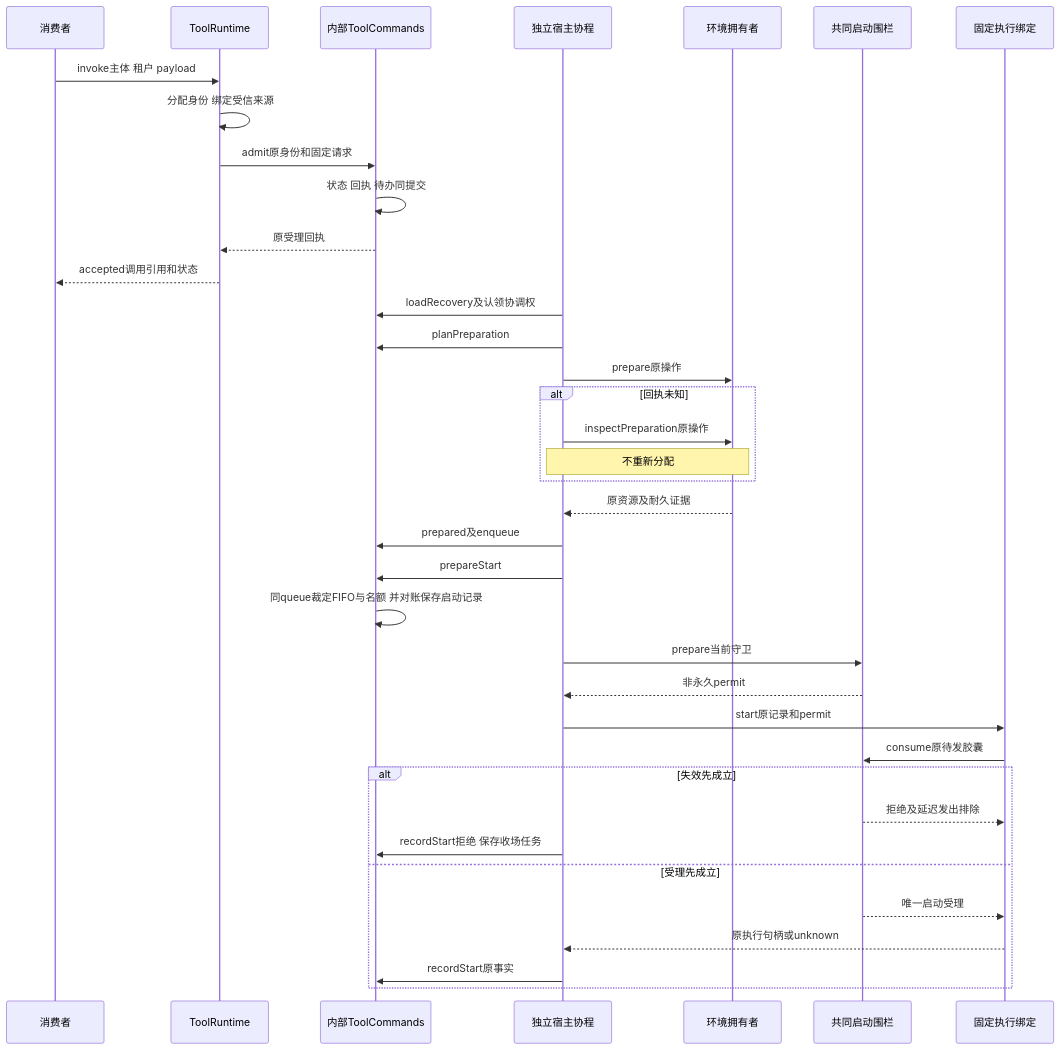
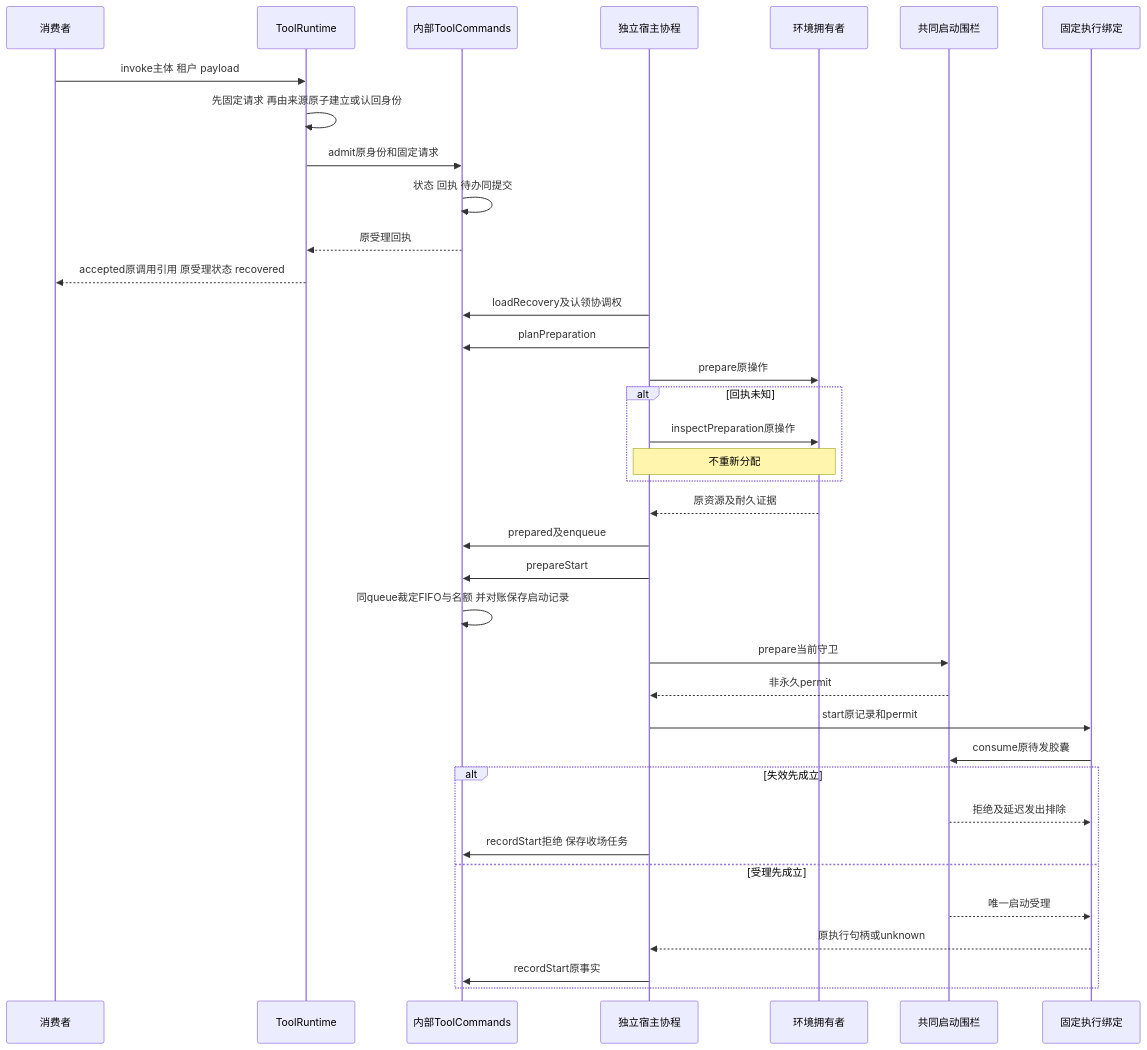
The fifth of 16 diagrams in packages/tool/tool-contract/docs/flows.md (nemori-ai/omne-harness-lite), drawn with Mermaid before and after one commit. The commit also changed other lines of this file and 55 other files, not shown here.

First line of the commit message:
fix(tool): 按原消费意图认回调用身份与受理回执

````diff
--- a/packages/tool/tool-contract/docs/flows.md
+++ b/packages/tool/tool-contract/docs/flows.md
@@ -221,39 +221,39 @@
 ```mermaid
 sequenceDiagram
     participant C as 消费者
     participant R as ToolRuntime
     participant T as 内部ToolCommands
     participant H as 独立宿主协程
     participant E as 环境拥有者
     participant A as 共同启动围栏
     participant X as 固定执行绑定
     C->>R: invoke主体 租户 payload
-    R->>R: 分配身份 绑定受信来源
+    R->>R: 先固定请求 再由来源原子建立或认回身份
     R->>T: admit原身份和固定请求
     T->>T: 状态 回执 待办同提交
     T-->>R: 原受理回执
-    R-->>C: accepted调用引用和状态
+    R-->>C: accepted原调用引用 原受理状态 recovered
     H->>T: loadRecovery及认领协调权
     H->>T: planPreparation
     H->>E: prepare原操作
     alt 回执未知
         H->>E: inspectPreparation原操作
         Note over H,E: 不重新分配
     end
     E-->>H: 原资源及耐久证据
     H->>T: prepared及enqueue
     H->>T: prepareStart
     T->>T: 同queue裁定FIFO与名额 并对账保存启动记录
     H->>A: prepare当前守卫
     A-->>H: 非永久permit
     H->>X: start原记录和permit
     X->>A: consume原待发胶囊
     alt 失效先成立
         A-->>X: 拒绝及延迟发出排除
         H->>T: recordStart拒绝 保存收场任务
     else 受理先成立
         A-->>X: 唯一启动受理
         X-->>H: 原执行句柄或unknown
         H->>T: recordStart原事实
     end
 ```
````
